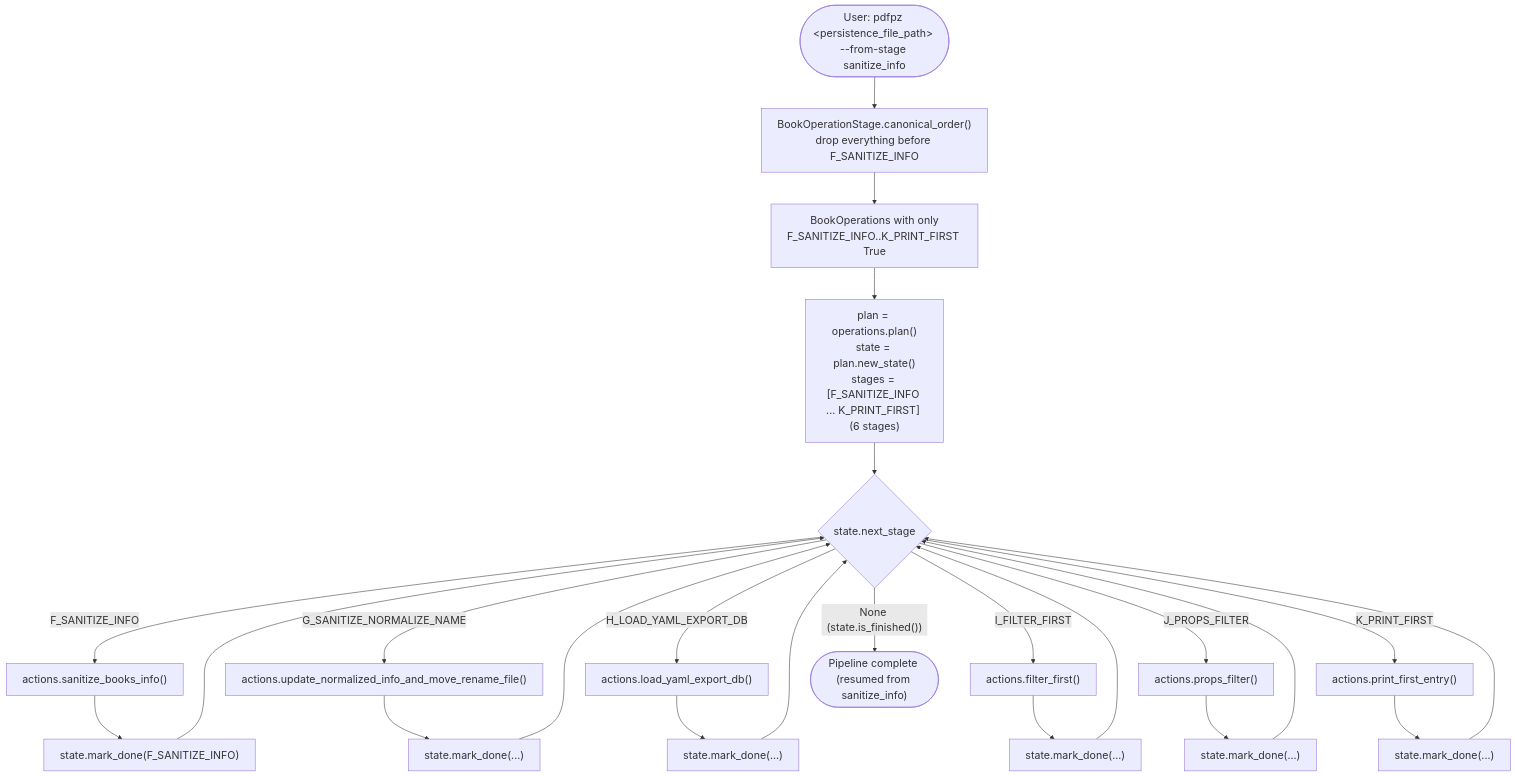
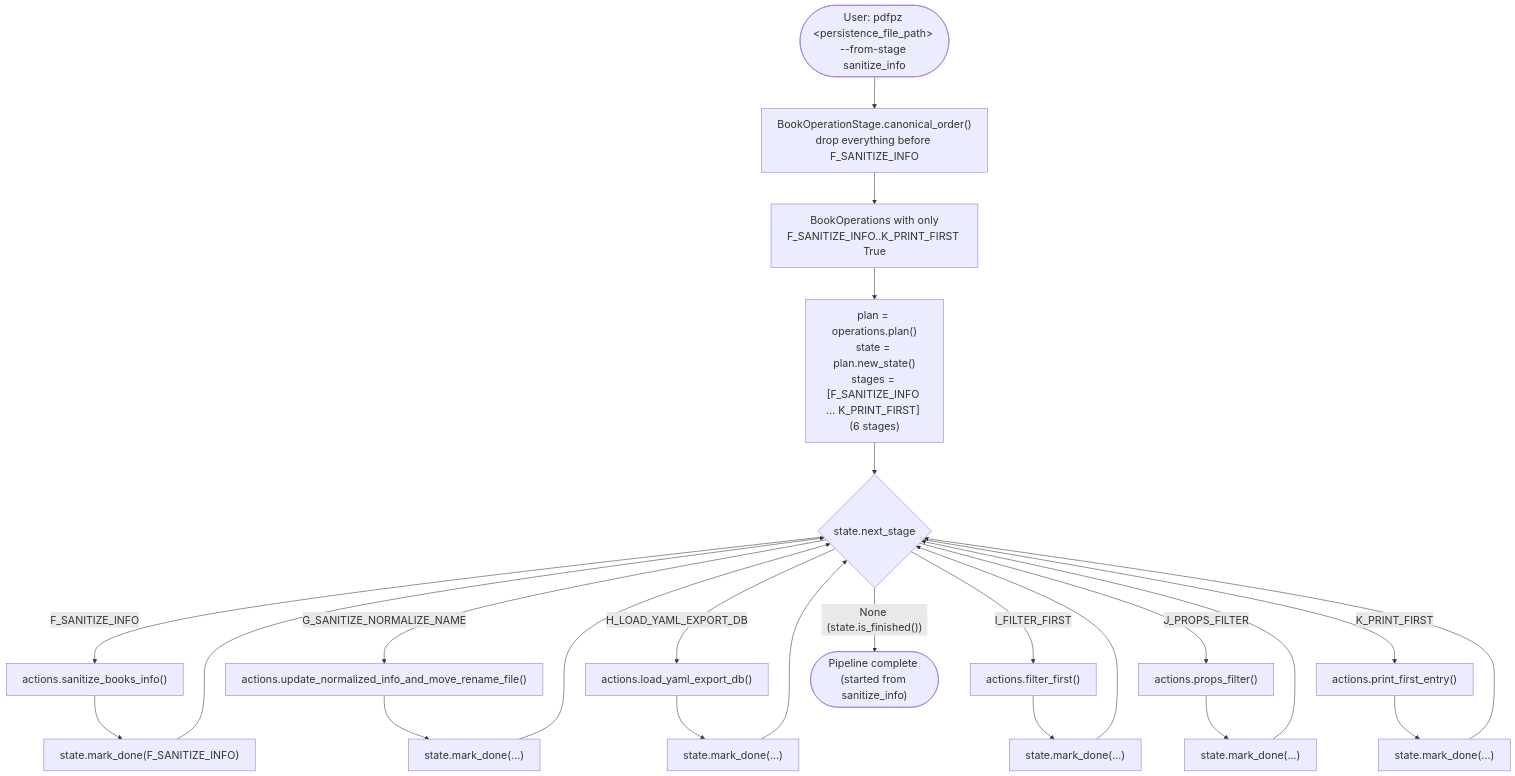
Before and after one commit to sdhube/forkpdfpz: the third of 6 diagrams in src/pdfpz/Docs/api-cli-hl.md, drawn with Mermaid. The commit also changed other lines of this file, not shown here.

````diff
--- a/src/pdfpz/Docs/api-cli-hl.md
+++ b/src/pdfpz/Docs/api-cli-hl.md
@@ -165,21 +196,21 @@
 ```mermaid
 %%{init: {"theme": "default", "themeVariables": {"fontSize": "20px"}, "flowchart": {"nodeSpacing": 60, "rankSpacing": 60, "curve": "basis"}}}%%
 flowchart TD
     Start(["User: pdfpz &lt;persistence_file_path&gt; --from-stage sanitize_info"]) --> Resolve["BookOperationStage.canonical_order()<br/>drop everything before F_SANITIZE_INFO"]
     Resolve --> Build["BookOperations with only<br/>F_SANITIZE_INFO..K_PRINT_FIRST True"]
     Build --> Plan["plan = operations.plan()<br/>state = plan.new_state()<br/>stages = [F_SANITIZE_INFO ... K_PRINT_FIRST] (6 stages)"]
     Plan --> Loop{"state.next_stage"}
     Loop -->|F_SANITIZE_INFO| S6["actions.sanitize_books_info()"]
     S6 --> D6["state.mark_done(F_SANITIZE_INFO)"] --> Loop
     Loop -->|G_SANITIZE_NORMALIZE_NAME| S7["actions.update_normalized_info_and_move_rename_file()"]
     S7 --> D7["state.mark_done(...)"] --> Loop
     Loop -->|H_LOAD_YAML_EXPORT_DB| S8["actions.load_yaml_export_db()"]
     S8 --> D8["state.mark_done(...)"] --> Loop
     Loop -->|I_FILTER_FIRST| S9["actions.filter_first()"]
     S9 --> D9["state.mark_done(...)"] --> Loop
     Loop -->|J_PROPS_FILTER| S10["actions.props_filter()"]
     S10 --> D10["state.mark_done(...)"] --> Loop
     Loop -->|K_PRINT_FIRST| S11["actions.print_first_entry()"]
     S11 --> D11["state.mark_done(...)"] --> Loop
-    Loop -->|"None (state.is_finished())"| Done(["Pipeline complete (resumed from sanitize_info)"])
+    Loop -->|"None (state.is_finished())"| Done(["Pipeline complete (started from sanitize_info)"])
 ```
````
